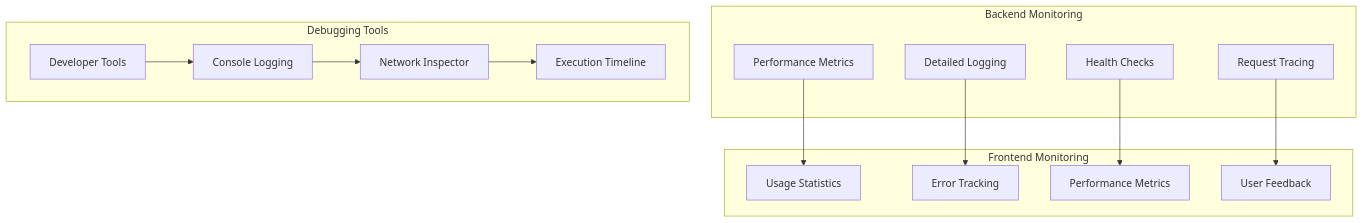
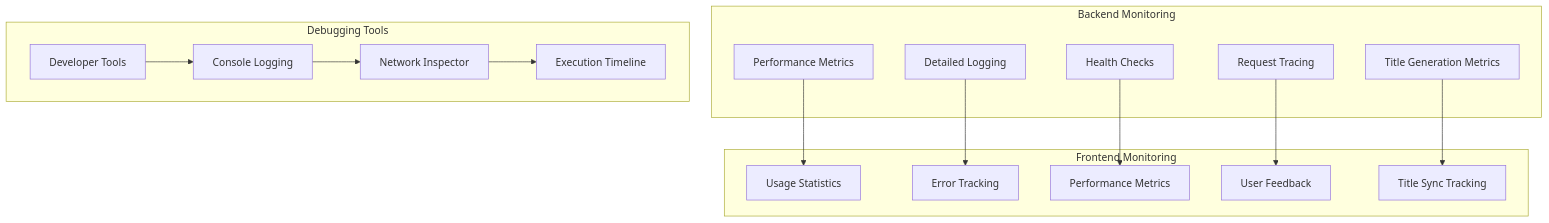
One commit to emanuelplopu/MongoDB-RAG-Agent changed diagram 11 of 11 in .qoder/repowiki/en/content/Core Features/Streaming Reliability Enhancements.md. Above: the diagram before and after it, drawn with Mermaid. The commit also changed other lines of this file and 5 other files, not shown here.

````diff
--- a/.qoder/repowiki/en/content/Core Features/Streaming Reliability Enhancements.md
+++ b/.qoder/repowiki/en/content/Core Features/Streaming Reliability Enhancements.md
@@ -384,28 +507,31 @@
 ```mermaid
 graph TB
 subgraph "Backend Monitoring"
 Metrics[Performance Metrics]
 Logs[Detailed Logging]
 Health[Health Checks]
 Tracing[Request Tracing]
+TitleMetrics[Title Generation Metrics]
 end
 subgraph "Frontend Monitoring"
 Stats[Usage Statistics]
 Errors[Error Tracking]
 Performance[Performance Metrics]
 UserFeedback[User Feedback]
+TitleSync[Title Sync Tracking]
 end
 subgraph "Debugging Tools"
 DevTools[Developer Tools]
 Console[Console Logging]
 Network[Network Inspector]
 Timeline[Execution Timeline]
 end
 Metrics --> Stats
 Logs --> Errors
 Health --> Performance
 Tracing --> UserFeedback
+TitleMetrics --> TitleSync
 DevTools --> Console
 Console --> Network
 Network --> Timeline
 ```
````
